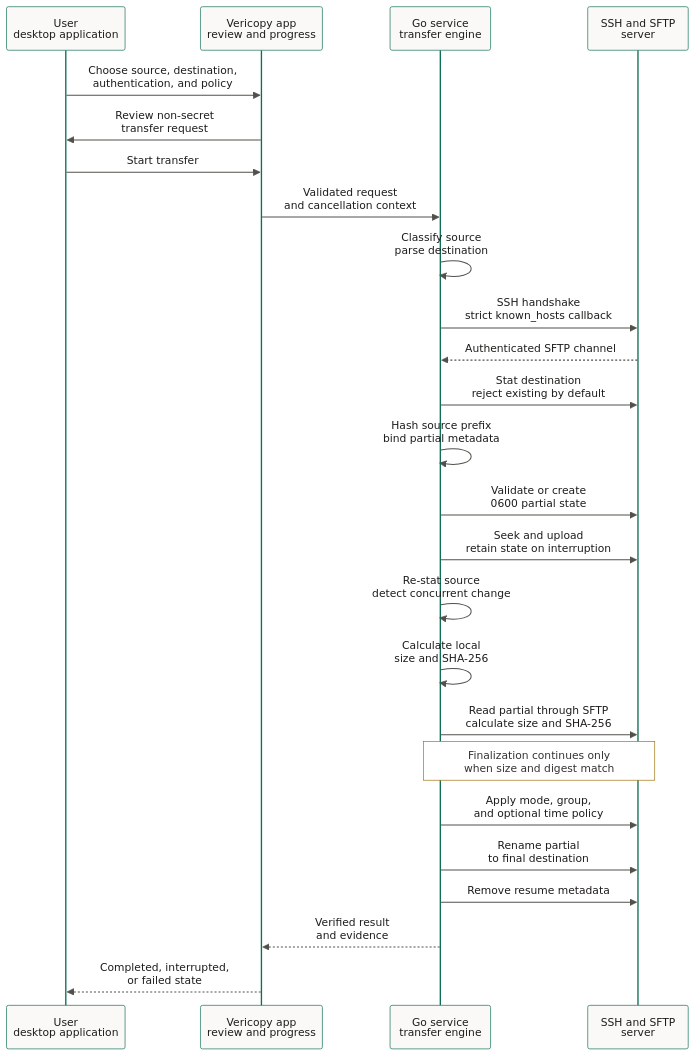
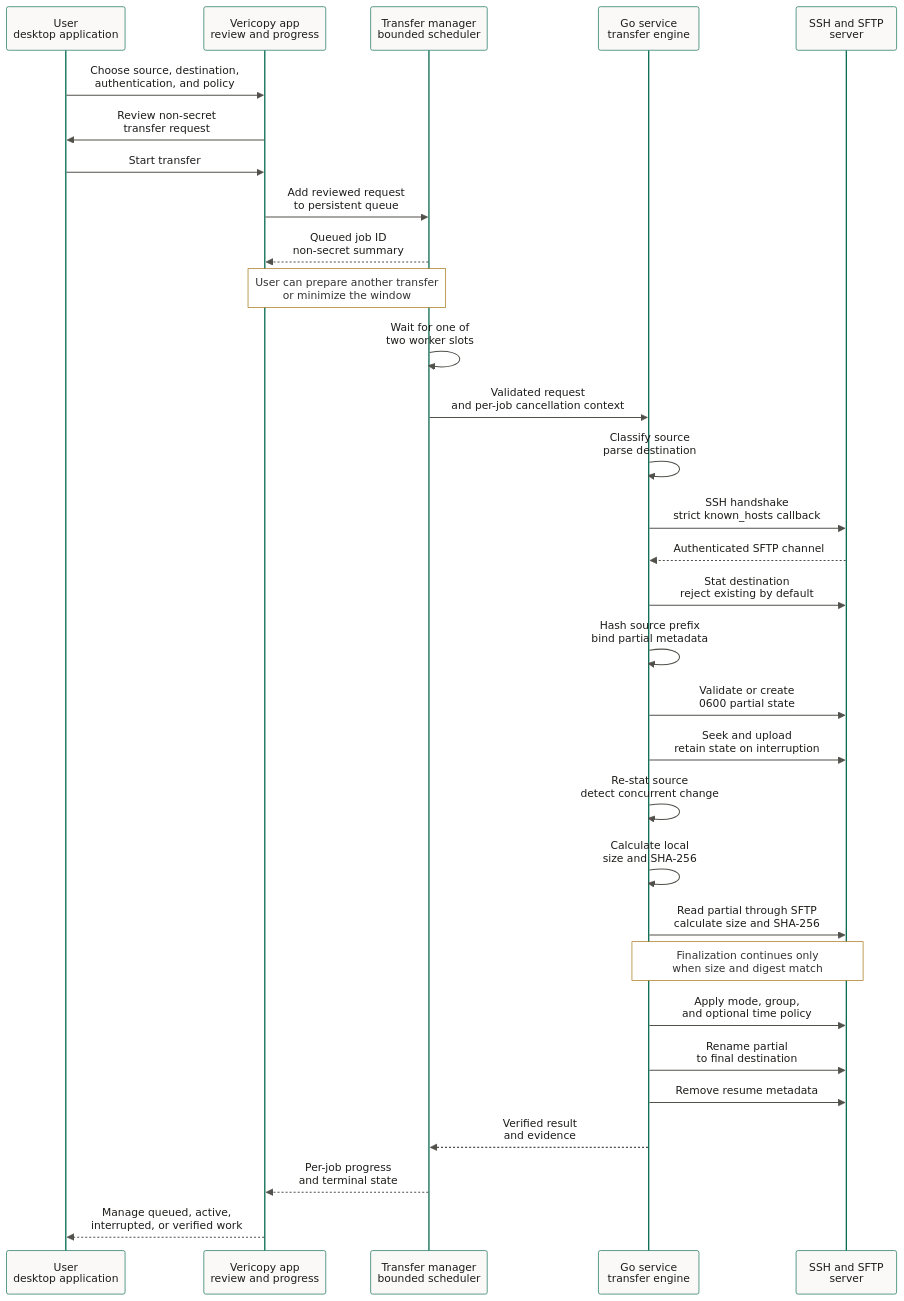
One commit to bashatahamal/vericopy changed the second of 2 diagrams in docs/architecture.md. Above: the diagram before and after it, drawn with Mermaid. The commit also changed other lines of this file and 19 other files, not shown here.

First line of the commit message:
feat(desktop): add transfer manager

````diff
--- a/docs/architecture.md
+++ b/docs/architecture.md
@@ -51,41 +55,47 @@
 ```mermaid
 ---
 config:
   theme: base
   themeVariables:
     actorBkg: '#faf9f7'
     actorBorder: '#0e6e55'
     actorTextColor: '#1d1c1a'
     signalColor: '#52504b'
     signalTextColor: '#1d1c1a'
     noteBkgColor: '#ffffff'
     noteBorderColor: '#a16f0b'
     labelBoxBkgColor: '#e6e3dc'
     labelBoxBorderColor: '#0e6e55'
 ---
 sequenceDiagram
     participant U as User<br>desktop application
     participant A as Vericopy app<br>review and progress
+    participant Q as Transfer manager<br>bounded scheduler
     participant V as Go service<br>transfer engine
     participant S as SSH and SFTP<br>server
     U->>A: Choose source, destination,<br>authentication, and policy
     A->>U: Review non-secret<br>transfer request
     U->>A: Start transfer
-    A->>V: Validated request<br>and cancellation context
+    A->>Q: Add reviewed request<br>to persistent queue
+    Q-->>A: Queued job ID<br>non-secret summary
+    Note over A,Q: User can prepare another transfer<br>or minimize the window
+    Q->>Q: Wait for one of<br>two worker slots
+    Q->>V: Validated request<br>and per-job cancellation context
     V->>V: Classify source<br>parse destination
     V->>S: SSH handshake<br>strict known_hosts callback
     S-->>V: Authenticated SFTP channel
     V->>S: Stat destination<br>reject existing by default
     V->>V: Hash source prefix<br>bind partial metadata
     V->>S: Validate or create<br>0600 partial state
     V->>S: Seek and upload<br>retain state on interruption
     V->>V: Re-stat source<br>detect concurrent change
     V->>V: Calculate local<br>size and SHA-256
     V->>S: Read partial through SFTP<br>calculate size and SHA-256
     Note over V,S: Finalization continues only<br>when size and digest match
     V->>S: Apply mode, group,<br>and optional time policy
     V->>S: Rename partial<br>to final destination
     V->>S: Remove resume metadata
-    V-->>A: Verified result<br>and evidence
-    A-->>U: Completed, interrupted,<br>or failed state
+    V-->>Q: Verified result<br>and evidence
+    Q-->>A: Per-job progress<br>and terminal state
+    A-->>U: Manage queued, active,<br>interrupted, or verified work
 ```
````
